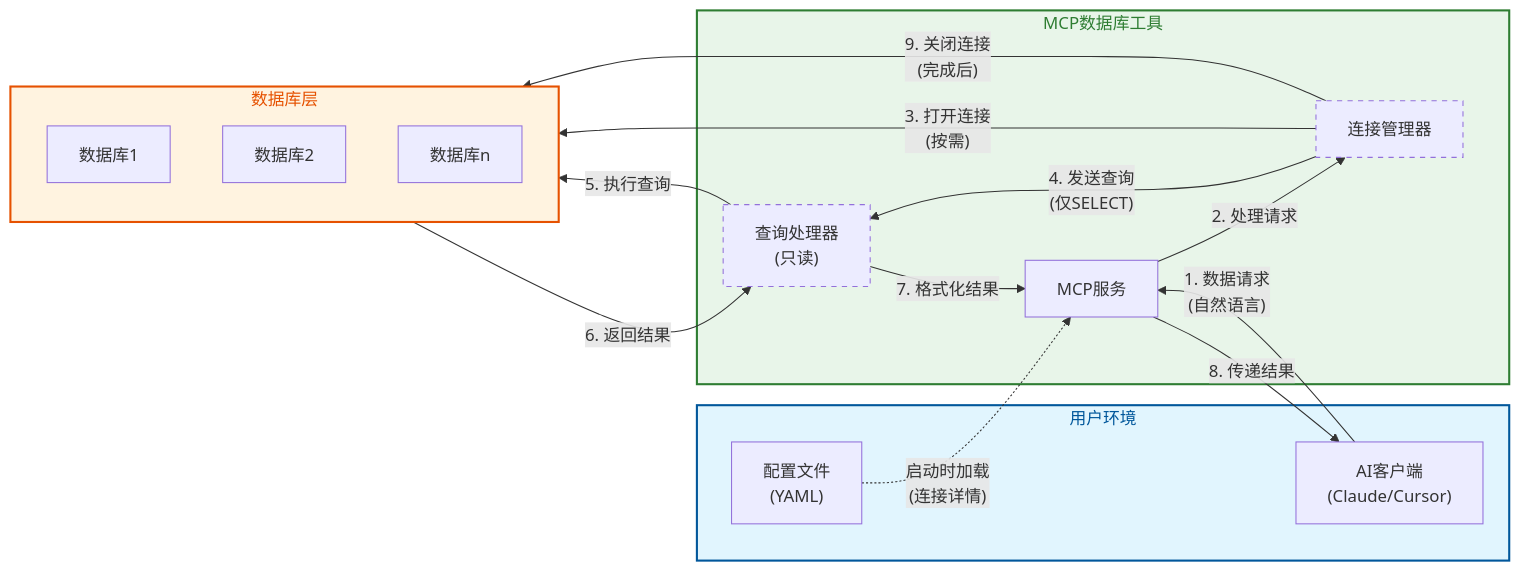
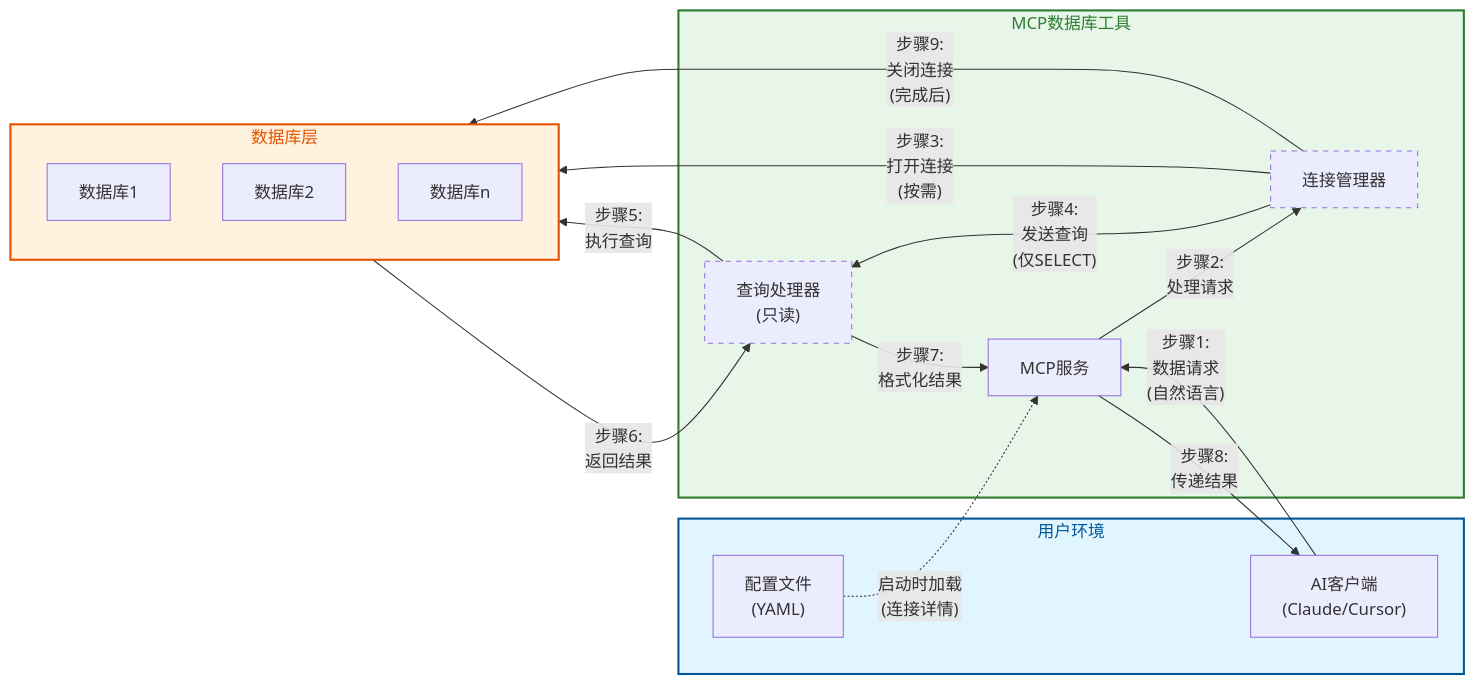
One commit to donghao1393/mcp-dbutils changed the second of 2 diagrams in docs/technical-guide.md. Above: the diagram before and after it, drawn with Mermaid.

Commit message:
docs: 优化Mermaid图表的步骤标签，使用'步骤X:'格式提高兼容性

````diff
--- a/docs/technical-guide.md
+++ b/docs/technical-guide.md
@@ -306,44 +306,44 @@
 ```mermaid
 flowchart LR
     subgraph User["用户环境"]
         Client["AI客户端<br>(Claude/Cursor)"]
         ConfigFile["配置文件<br>(YAML)"]
     end
     
     subgraph MCP["MCP数据库工具"]
         MCPService["MCP服务"]
         ConnectionManager["连接管理器"]
         QueryProcessor["查询处理器<br>(只读)"]
     end
     
     subgraph Databases["数据库层"]
         DB1["数据库1"]
         DB2["数据库2"]
         DBn["数据库n"]
     end
     
     %% 通信流程
-    Client-- "1. 数据请求<br>(自然语言)" -->MCPService
+    Client-- "步骤1:<br>数据请求<br>(自然语言)" -->MCPService
     ConfigFile-. "启动时加载<br>(连接详情)" .->MCPService
-    MCPService-- "2. 处理请求" -->ConnectionManager
-    ConnectionManager-- "3. 打开连接<br>(按需)" -->Databases
-    ConnectionManager-- "4. 发送查询<br>(仅SELECT)" -->QueryProcessor
-    QueryProcessor-- "5. 执行查询" -->Databases
-    Databases-- "6. 返回结果" -->QueryProcessor
-    QueryProcessor-- "7. 格式化结果" -->MCPService
-    MCPService-- "8. 传递结果" -->Client
-    ConnectionManager-- "9. 关闭连接<br>(完成后)" -->Databases
+    MCPService-- "步骤2:<br>处理请求" -->ConnectionManager
+    ConnectionManager-- "步骤3:<br>打开连接<br>(按需)" -->Databases
+    ConnectionManager-- "步骤4:<br>发送查询<br>(仅SELECT)" -->QueryProcessor
+    QueryProcessor-- "步骤5:<br>执行查询" -->Databases
+    Databases-- "步骤6:<br>返回结果" -->QueryProcessor
+    QueryProcessor-- "步骤7:<br>格式化结果" -->MCPService
+    MCPService-- "步骤8:<br>传递结果" -->Client
+    ConnectionManager-- "步骤9:<br>关闭连接<br>(完成后)" -->Databases
     
     %% 样式
     classDef user fill:#e1f5fe,stroke:#01579b,stroke-width:2px,color:#01579b
     classDef mcp fill:#e8f5e9,stroke:#2e7d32,stroke-width:2px,color:#2e7d32
     classDef db fill:#fff3e0,stroke:#e65100,stroke-width:2px,color:#e65100
     
     class User user
     class MCP mcp
     class Databases db
     
     %% 添加安全说明
     style ConnectionManager stroke-dasharray: 5 5
     style QueryProcessor stroke-dasharray: 5 5
 ```
````
